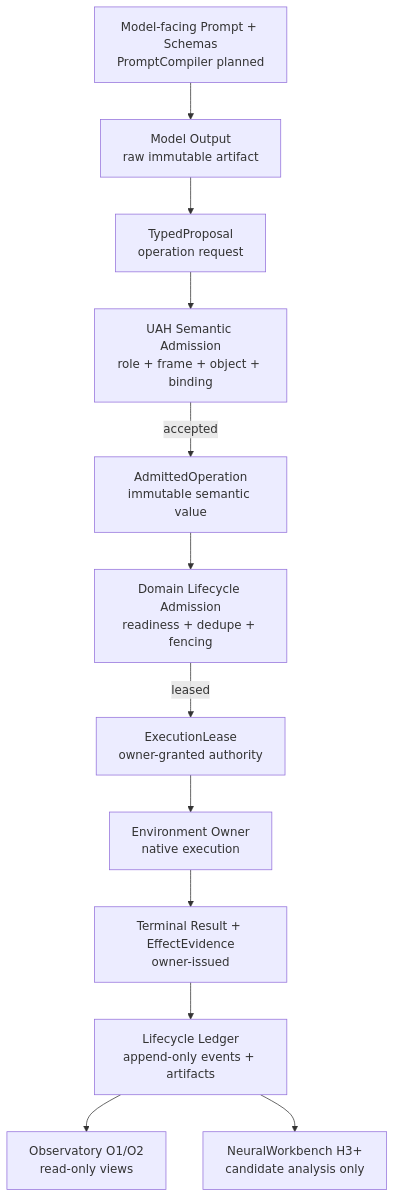
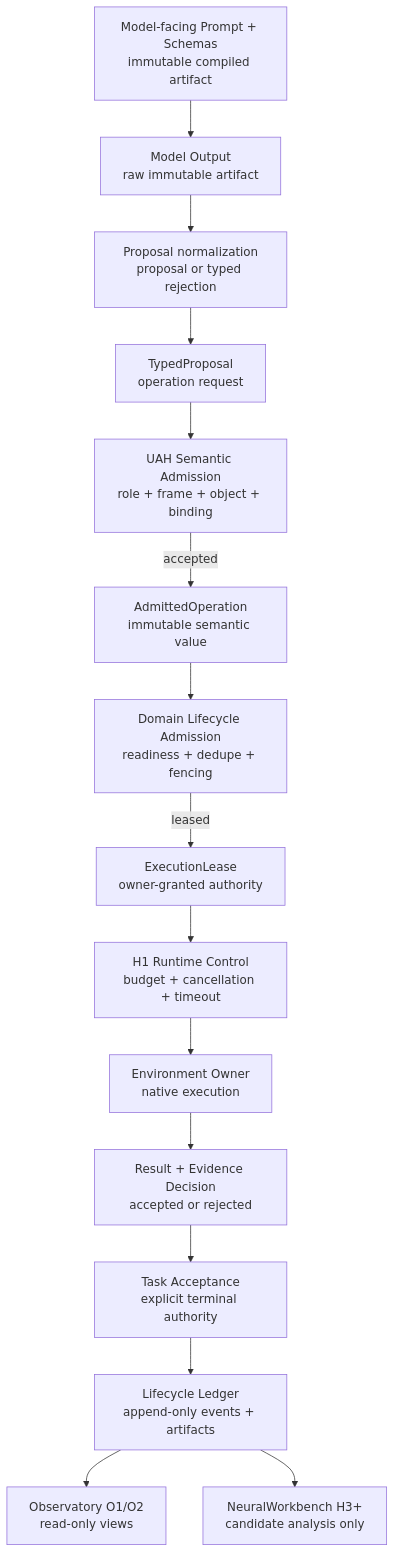
One commit to ieverythng/universal-agentic-harness changed the diagram in docs/architecture/observatory_contract.md. Above: the diagram before and after it, drawn with Mermaid. The commit also changed other lines of this file and 369 other files, not shown here.

````diff
--- a/docs/architecture/observatory_contract.md
+++ b/docs/architecture/observatory_contract.md
@@ -24,27 +25,33 @@
 ```mermaid
 %% uah-render: Figure 1. Admission, execution, and Observatory data flow
 flowchart TB
-    Prompt["Model-facing Prompt + Schemas<br/>PromptCompiler planned"]:::projection
+    Prompt["Model-facing Prompt + Schemas<br/>immutable compiled artifact"]:::projection
     Model["Model Output<br/>raw immutable artifact"]:::model
+    Normalize["Proposal normalization<br/>proposal or typed rejection"]:::compiler
     Proposal["TypedProposal<br/>operation request"]:::proposal
     Semantic["UAH Semantic Admission<br/>role + frame + object + binding"]:::gate
     Admitted["AdmittedOperation<br/>immutable semantic value"]:::gate
     Domain["Domain Lifecycle Admission<br/>readiness + dedupe + fencing"]:::domain
     Lease["ExecutionLease<br/>owner-granted authority"]:::execution
+    Control["H1 Runtime Control<br/>budget + cancellation + timeout"]:::gate
     Owner["Environment Owner<br/>native execution"]:::execution
-    Evidence["Terminal Result + EffectEvidence<br/>owner-issued"]:::evidence
+    Evidence["Result + Evidence Decision<br/>accepted or rejected"]:::evidence
+    Acceptance["Task Acceptance<br/>explicit terminal authority"]:::gate
     Ledger["Lifecycle Ledger<br/>append-only events + artifacts"]:::trace
     Observatory["Observatory O1/O2<br/>read-only views"]:::observatory
     Workbench["NeuralWorkbench H3+<br/>candidate analysis only"]:::compiler
     Prompt --> Model
-    Model --> Proposal
+    Model --> Normalize
+    Normalize --> Proposal
     Proposal --> Semantic
     Semantic -->|accepted| Admitted
     Admitted --> Domain
     Domain -->|leased| Lease
-    Lease --> Owner
+    Lease --> Control
+    Control --> Owner
     Owner --> Evidence
-    Evidence --> Ledger
+    Evidence --> Acceptance
+    Acceptance --> Ledger
     Ledger --> Observatory
     Ledger --> Workbench
 ```
````
